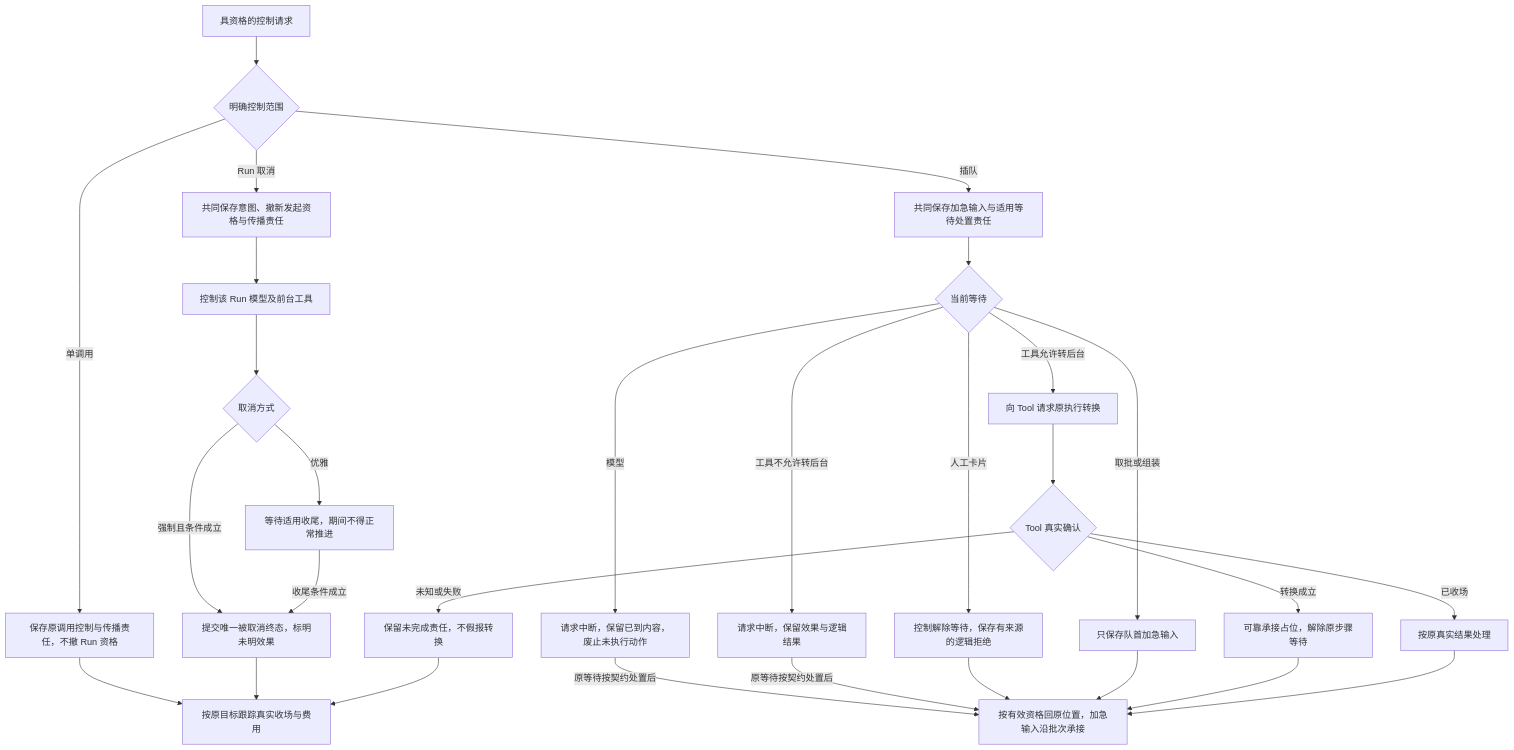
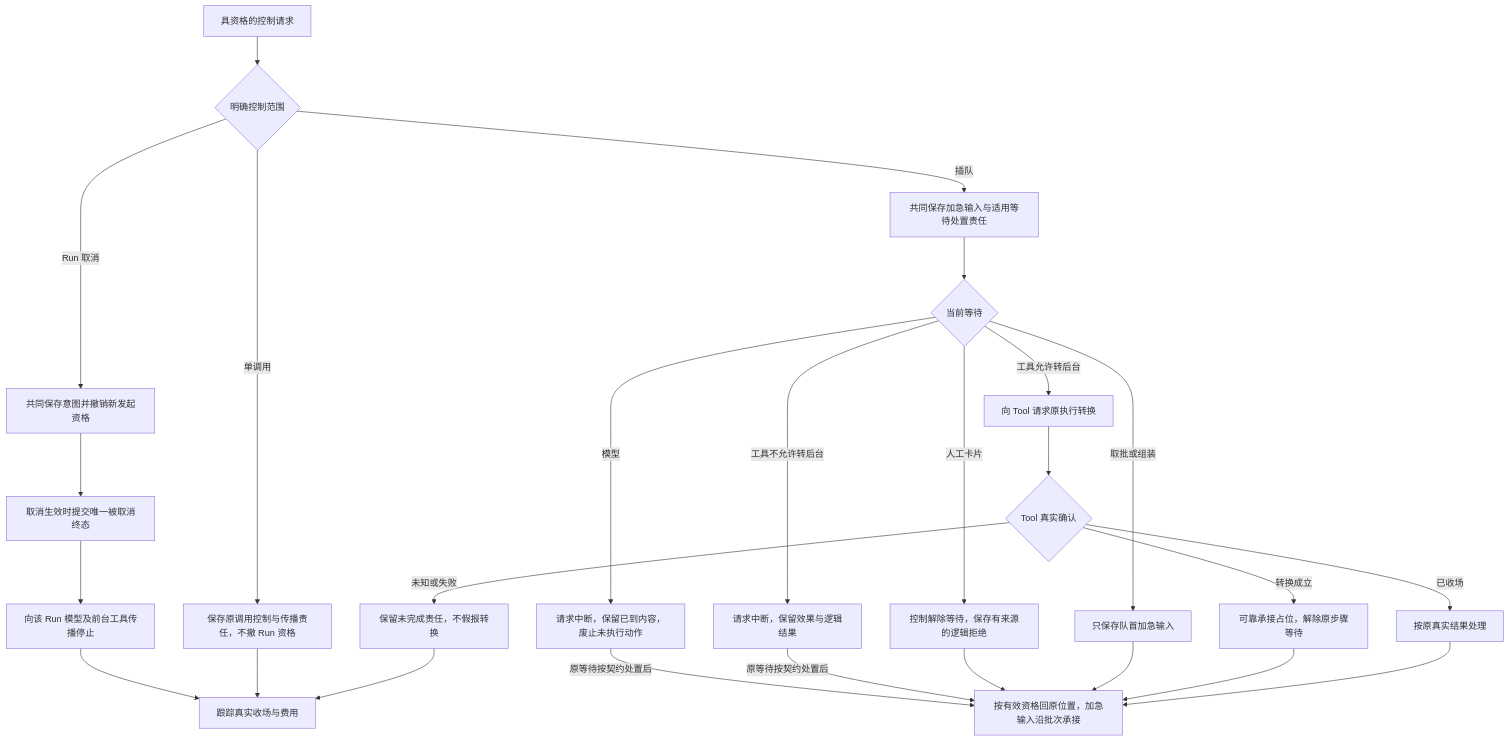
The seventh of 10 diagrams in packages/session/session/docs/key-flows.md (nemori-ai/omne-harness-lite), drawn with Mermaid before and after one commit. The commit also changed other lines of this file and 13 other files, not shown here.

````diff
--- a/packages/session/session/docs/key-flows.md
+++ b/packages/session/session/docs/key-flows.md
@@ -205,31 +205,28 @@
 ```mermaid
 flowchart TD
     U[具资格的控制请求] --> K{明确控制范围}
     K -->|单调用| C[保存原调用控制与传播责任，不撤 Run 资格]
     K -->|插队| I[共同保存加急输入与适用等待处置责任]
     I --> W{当前等待}
     W -->|模型| M[请求中断，保留已到内容，废止未执行动作]
     W -->|工具允许转后台| B[向 Tool 请求原执行转换]
     B --> BC{Tool 真实确认}
     BC -->|转换成立| P[可靠承接占位，解除原步骤等待]
     BC -->|已收场| E[按原真实结果处理]
     BC -->|未知或失败| X[保留未完成责任，不假报转换]
     W -->|工具不允许转后台| T[请求中断，保留效果与逻辑结果]
     W -->|人工卡片| H[控制解除等待，保存有来源的逻辑拒绝]
     W -->|取批或组装| Q[只保存队首加急输入]
     M -->|原等待按契约处置后| CONT[按有效资格回原位置，加急输入沿批次承接]
     T -->|原等待按契约处置后| CONT
     H --> CONT
     Q --> CONT
     P --> CONT
     E --> CONT
-    K -->|Run 取消| R[共同保存意图、撤新发起资格与传播责任]
-    R --> SEND[控制该 Run 模型及前台工具]
-    SEND --> TYPE{取消方式}
-    TYPE -->|优雅| WAIT[等待适用收尾，期间不得正常推进]
-    TYPE -->|强制且条件成立| END[提交唯一被取消终态，标明未明效果]
-    WAIT -->|收尾条件成立| END
-    C --> REC[按原目标跟踪真实收场与费用]
-    END --> REC
+    K -->|Run 取消| R[共同保存意图并撤销新发起资格]
+    R --> END[取消生效时提交唯一被取消终态]
+    END --> SEND[向该 Run 模型及前台工具传播停止]
+    SEND --> REC[跟踪真实收场与费用]
+    C --> REC
     X --> REC
 ```
````
